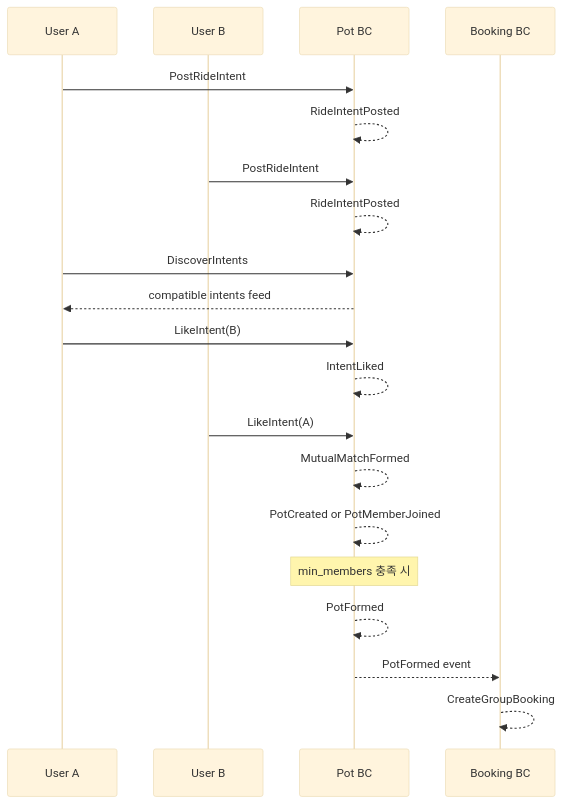
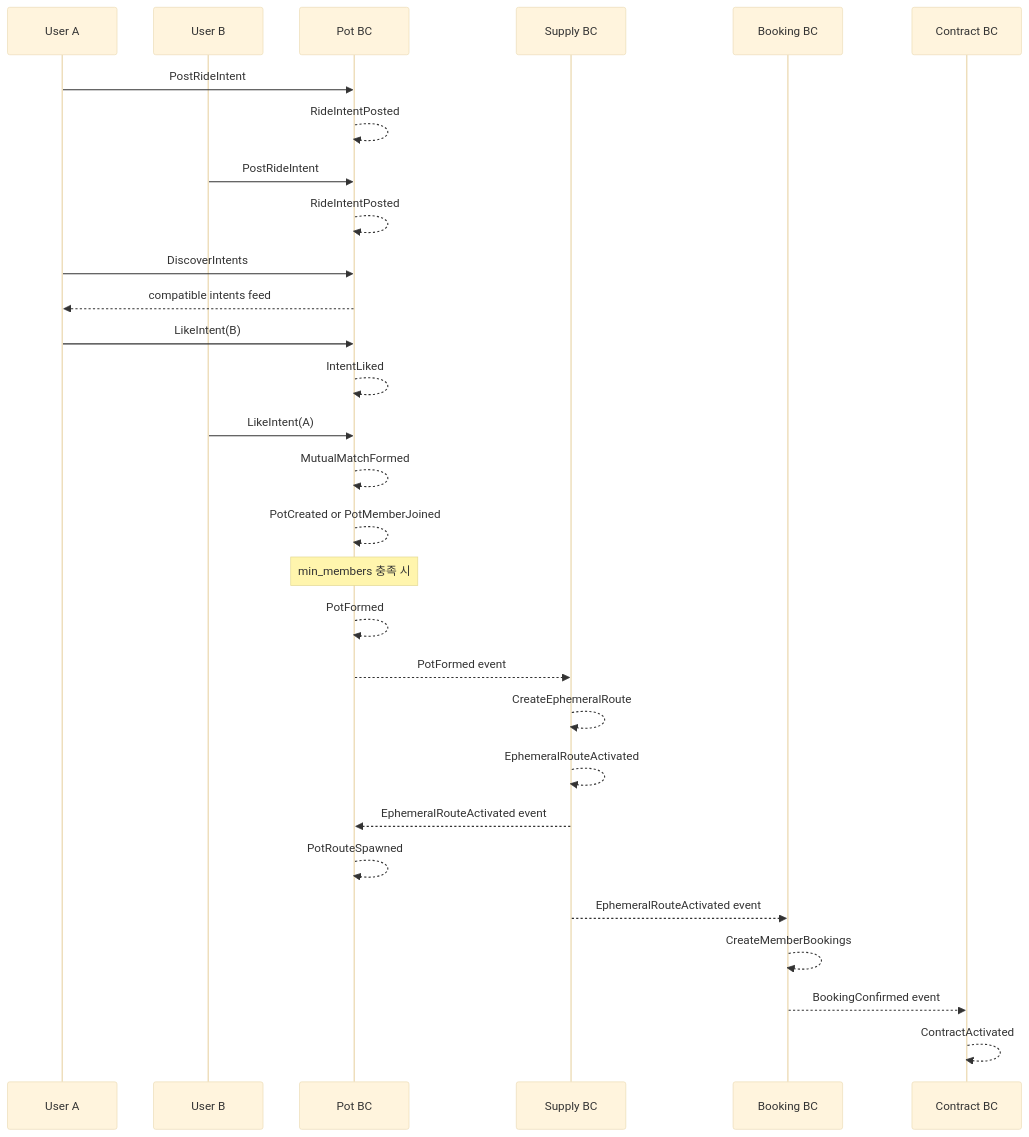
One commit to entworacy/hermes-iris-kakaotalk changed the second of 2 diagrams in feroad-rest-api/docs/superpowers/specs/2026-06-29-feroad-domain-design.md. Above: the diagram before and after it, drawn with Mermaid (base theme). The commit also changed other lines of this file, not shown here.

First line of the commit message:
docs(feroad): Pot matching spawns ephemeral one-time route

````diff
--- a/feroad-rest-api/docs/superpowers/specs/2026-06-29-feroad-domain-design.md
+++ b/feroad-rest-api/docs/superpowers/specs/2026-06-29-feroad-domain-design.md
@@ -236,30 +280,42 @@
 ```mermaid
 sequenceDiagram
     participant U1 as User A
     participant U2 as User B
     participant PotBC as Pot BC
+    participant Supply as Supply BC
     participant Booking as Booking BC
+    participant Contract as Contract BC
 
     U1->>PotBC: PostRideIntent
     PotBC-->>PotBC: RideIntentPosted
 
     U2->>PotBC: PostRideIntent
     PotBC-->>PotBC: RideIntentPosted
 
     U1->>PotBC: DiscoverIntents
     PotBC-->>U1: compatible intents feed
 
     U1->>PotBC: LikeIntent(B)
     PotBC-->>PotBC: IntentLiked
 
     U2->>PotBC: LikeIntent(A)
     PotBC-->>PotBC: MutualMatchFormed
 
     PotBC-->>PotBC: PotCreated or PotMemberJoined
 
     Note over PotBC: min_members 충족 시
     PotBC-->>PotBC: PotFormed
 
-    PotBC-->>Booking: PotFormed event
-    Booking-->>Booking: CreateGroupBooking
+    PotBC-->>Supply: PotFormed event
+    Supply-->>Supply: CreateEphemeralRoute
+    Supply-->>Supply: EphemeralRouteActivated
+
+    Supply-->>PotBC: EphemeralRouteActivated event
+    PotBC-->>PotBC: PotRouteSpawned
+
+    Supply-->>Booking: EphemeralRouteActivated event
+    Booking-->>Booking: CreateMemberBookings
+
+    Booking-->>Contract: BookingConfirmed event
+    Contract-->>Contract: ContractActivated
 ```
````
